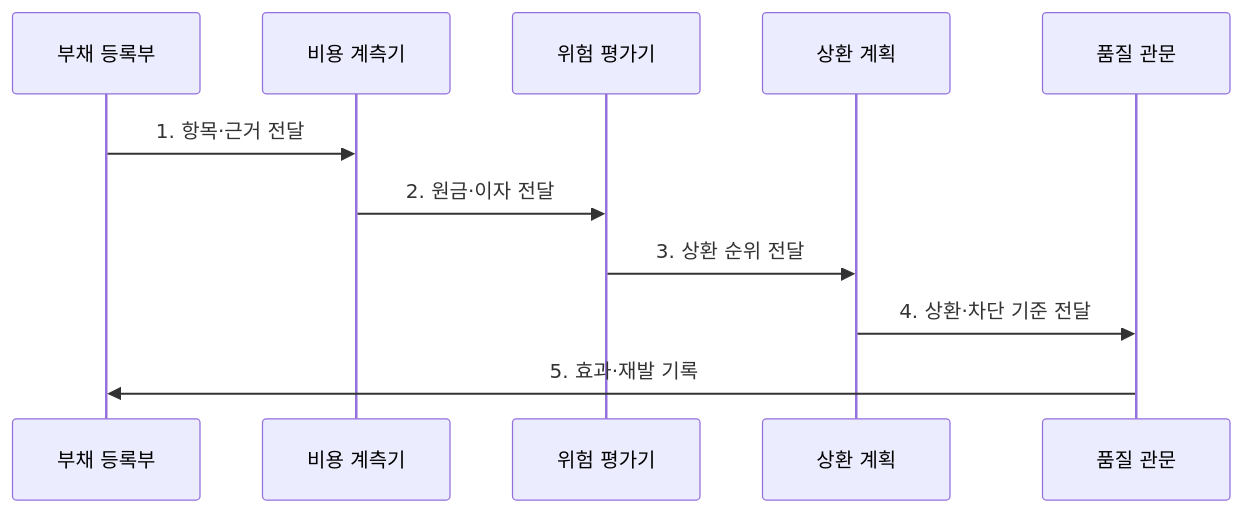
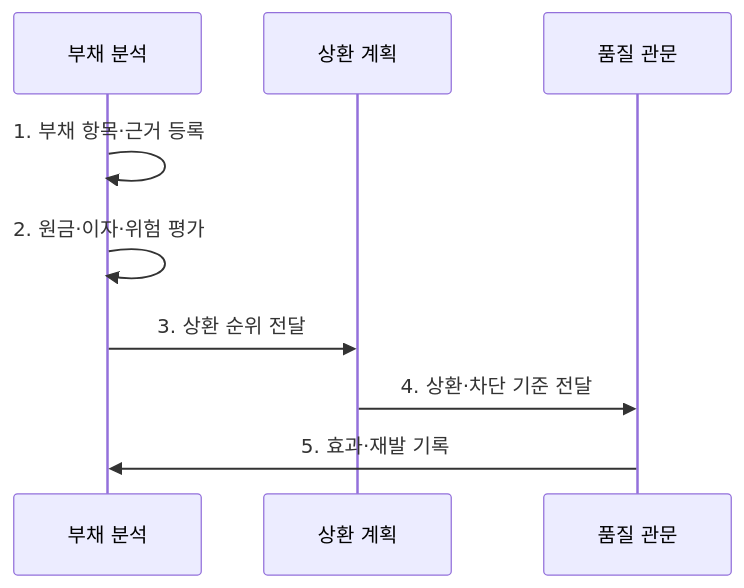
The second of 2 diagrams in src/content/docs/notes/03-software/213_technical_debt_measurement.md (agnusdei1207/knowledge-base), drawn with Mermaid before and after one commit. The commit also changed other lines of this file and 3 other files, not shown here.

Commit message:
Condense platform improvement diagrams

````diff
--- a/src/content/docs/notes/03-software/213_technical_debt_measurement.md
+++ b/src/content/docs/notes/03-software/213_technical_debt_measurement.md
@@ -98,14 +98,12 @@
 ```mermaid
 sequenceDiagram
-    participant R as 부채 등록부
-    participant M as 비용 계측기
-    participant V as 위험 평가기
+    participant A as 부채 분석
     participant P as 상환 계획
     participant G as 품질 관문
-    R->>M: 1. 항목·근거 전달
-    M->>V: 2. 원금·이자 전달
-    V->>P: 3. 상환 순위 전달
+    A->>A: 1. 부채 항목·근거 등록
+    A->>A: 2. 원금·이자·위험 평가
+    A->>P: 3. 상환 순위 전달
     P->>G: 4. 상환·차단 기준 전달
-    G->>R: 5. 효과·재발 기록
+    G->>A: 5. 효과·재발 기록
 
 ```
````
